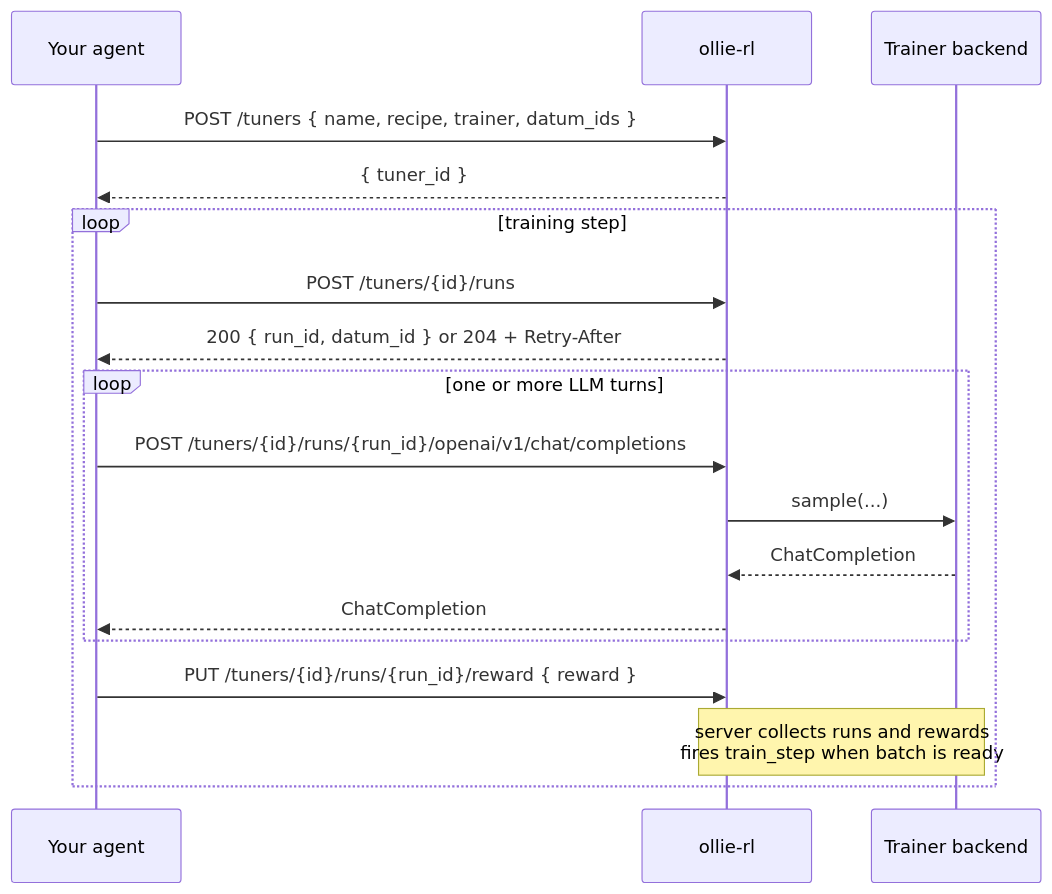
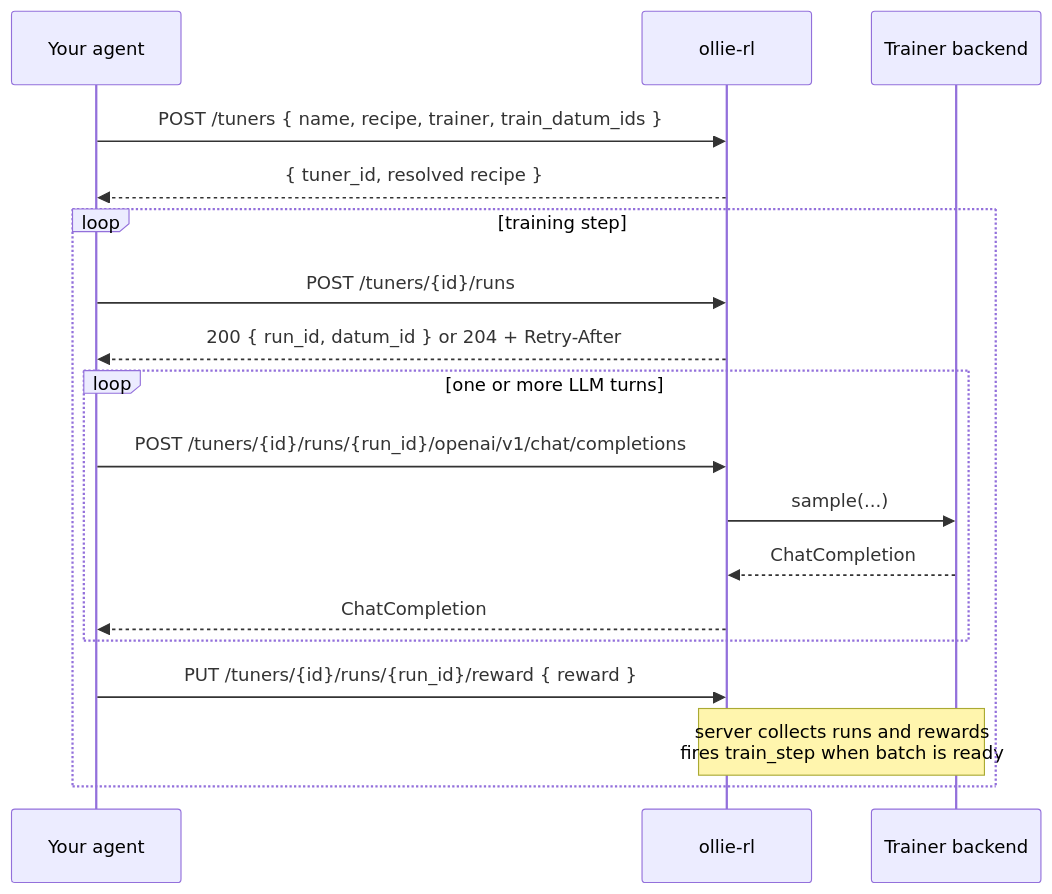
The diagram in README.md (wsxiaoys/ollie-rl), drawn with Mermaid before and after one commit. The commit also changed other lines of this file and 16 other files, not shown here.

````diff
--- a/README.md
+++ b/README.md
@@ -99,22 +99,22 @@
 ```mermaid
 sequenceDiagram
     participant C as Your agent
     participant API as ollie-rl
     participant T as Trainer backend
 
-    C->>API: POST /tuners { name, recipe, trainer, datum_ids }
-    API-->>C: { tuner_id }
+    C->>API: POST /tuners { name, recipe, trainer, train_datum_ids }
+    API-->>C: { tuner_id, resolved recipe }
 
     loop training step
         C->>API: POST /tuners/{id}/runs
         API-->>C: 200 { run_id, datum_id }  or  204 + Retry-After
         loop one or more LLM turns
             C->>API: POST /tuners/{id}/runs/{run_id}/openai/v1/chat/completions
             API->>T: sample(...)
             T-->>API: ChatCompletion
             API-->>C: ChatCompletion
         end
         C->>API: PUT /tuners/{id}/runs/{run_id}/reward { reward }
         Note over API,T: server collects runs and rewards<br/>fires train_step when batch is ready
     end
 ```
````
